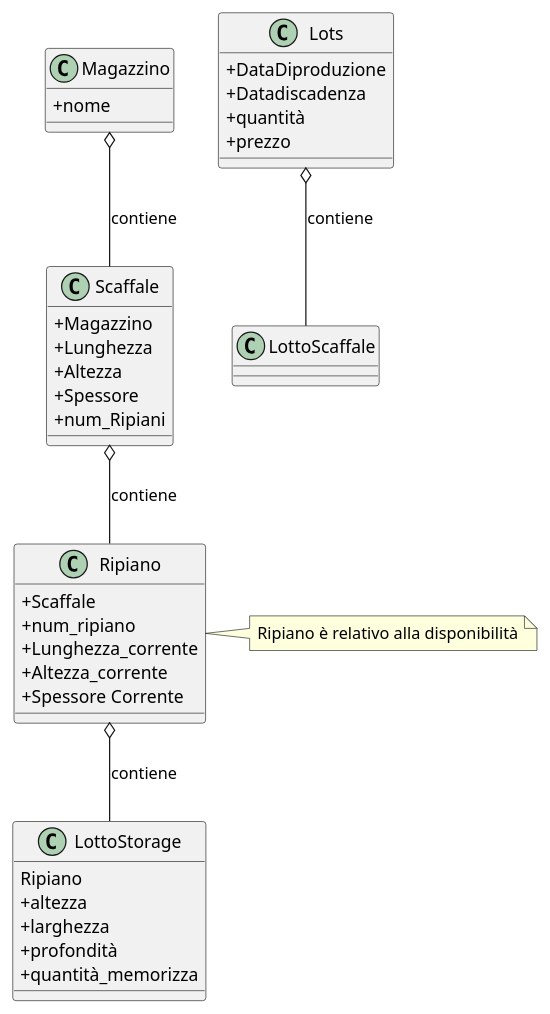
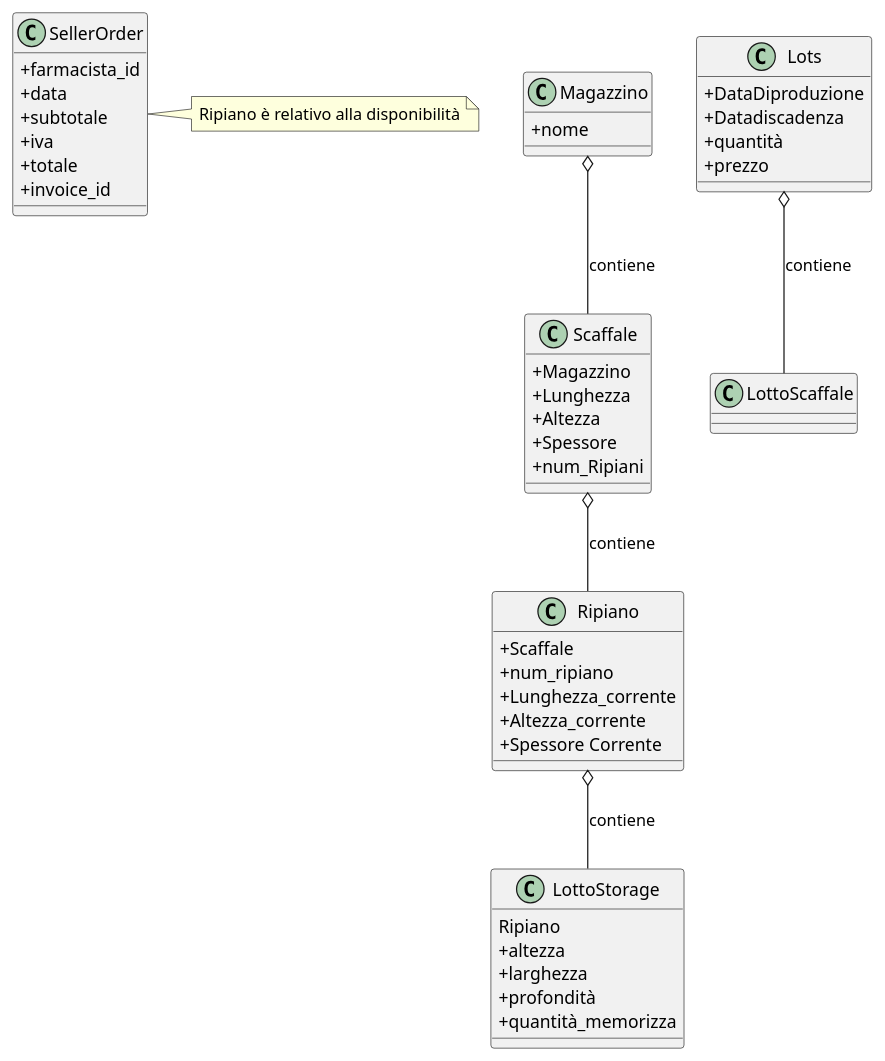
Before and after one commit to misunderstoodgenius95/pharmadistributor: the diagram in src/main/java/Plantuml/classtest.puml, drawn with PlantUML. The commit also changed 44 other files, not shown here.

```diff
--- a/src/main/java/Plantuml/classtest.puml
+++ b/src/main/java/Plantuml/classtest.puml
@@ -1,45 +1,54 @@
 @startuml
 'https://plantuml.com/class-diagram
 skinparam classAttributeIconSize 0
 class Magazzino{
 + nome
 }
 
  class Lots{
   + DataDiproduzione
   + Datadiscadenza
   + quantità
   + prezzo
 
  }
  class Scaffale{
  +Magazzino
 +Lunghezza
 +Altezza
 +Spessore
 +num_Ripiani
  }
   class LottoStorage{
 Ripiano
     +altezza
     +larghezza
     +profondità
     +quantità_memorizza
   }
 
   class Ripiano{
   +Scaffale
   +num_ripiano
   +Lunghezza_corrente
  +Altezza_corrente
  +Spessore Corrente
   }
+  class SellerOrder{
+  +farmacista_id
+   +data
+   +subtotale
+   +iva
+   +totale
+   +invoice_id
+  }
+
 note right  : Ripiano è relativo alla disponibilità
 Scaffale o-- Ripiano:contiene
 
 Magazzino o-- Scaffale:contiene
 
 Lots o-- LottoScaffale:contiene
 Ripiano o-- LottoStorage:contiene
 
 @enduml
```
